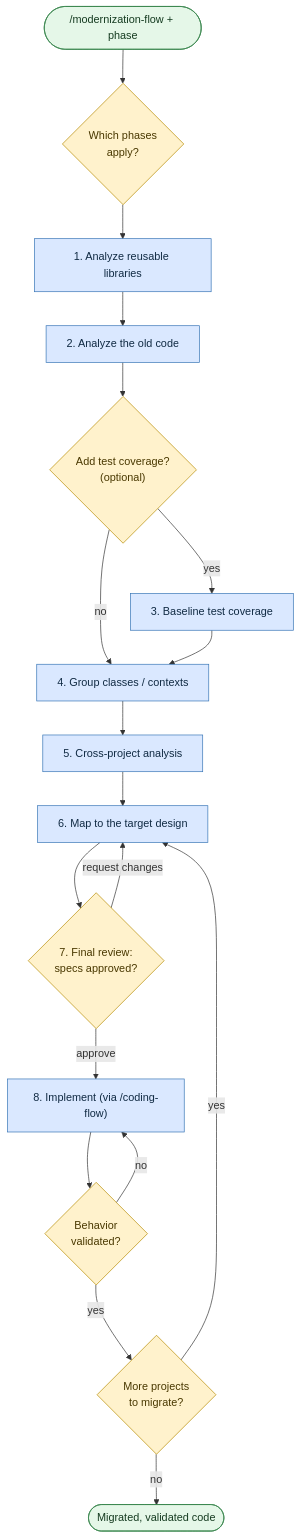
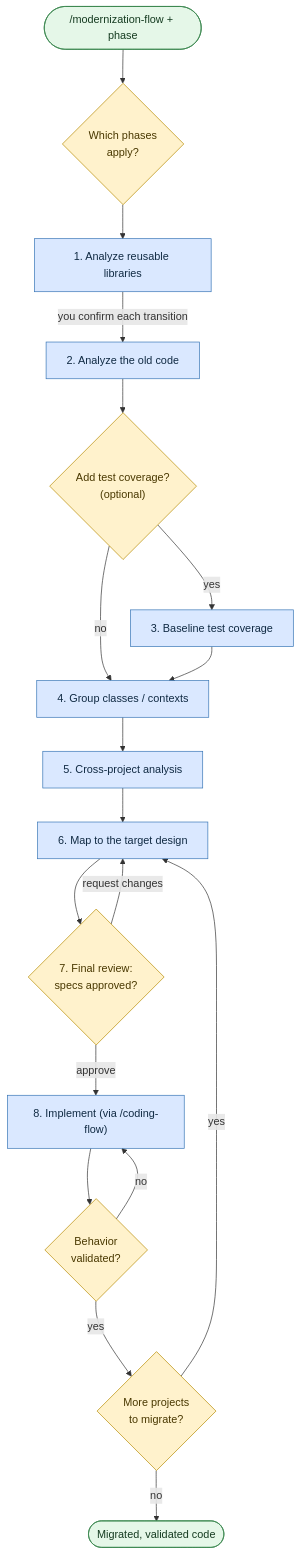
One commit to atomicdjt/rosetta changed the diagram in user-guide/scenarios/modernize.md. Above: the diagram before and after it, drawn with Mermaid. The commit also changed other lines of this file and 86 other files, not shown here.

````diff
--- a/user-guide/scenarios/modernize.md
+++ b/user-guide/scenarios/modernize.md
@@ -33,27 +33,27 @@
 ```mermaid
 flowchart TB
     Start(["/modernization-flow + phase"]) --> Which{"Which phases <br>apply?"}
     Which --> P1["1. Analyze reusable libraries"]
-    P1 --> P2["2. Analyze the old code"]
+    P1 -->|"you confirm each transition"| P2["2. Analyze the old code"]
     P2 --> TC{"Add test coverage? <br>(optional)"}
     TC -->|yes| P3["3. Baseline test coverage"]
     TC -->|no| P4["4. Group classes / contexts"]
     P3 --> P4
     P4 --> P5["5. Cross-project analysis"]
     P5 --> P6["6. Map to the target design"]
     P6 --> G1{"7. Final review: <br>specs approved?"}
     G1 -->|request changes| P6
     G1 -->|approve| P8["8. Implement (via /coding-flow)"]
     P8 --> V{"Behavior <br>validated?"}
     V -->|no| P8
     V -->|yes| More{"More projects <br>to migrate?"}
     More -->|yes| P6
     More -->|no| Done(["Migrated, validated code"])
 
     classDef step fill:#dae8ff,stroke:#3674b5,color:#102a43;
     classDef gate fill:#fff2cc,stroke:#b58b00,color:#493800;
     classDef done fill:#e5f7e8,stroke:#35834a,color:#153b20;
     class P1,P2,P3,P4,P5,P6,P8 step;
     class Which,TC,G1,V,More gate;
     class Start,Done done;
 ```
````
